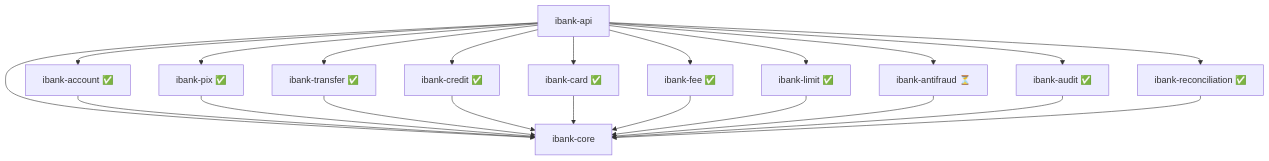
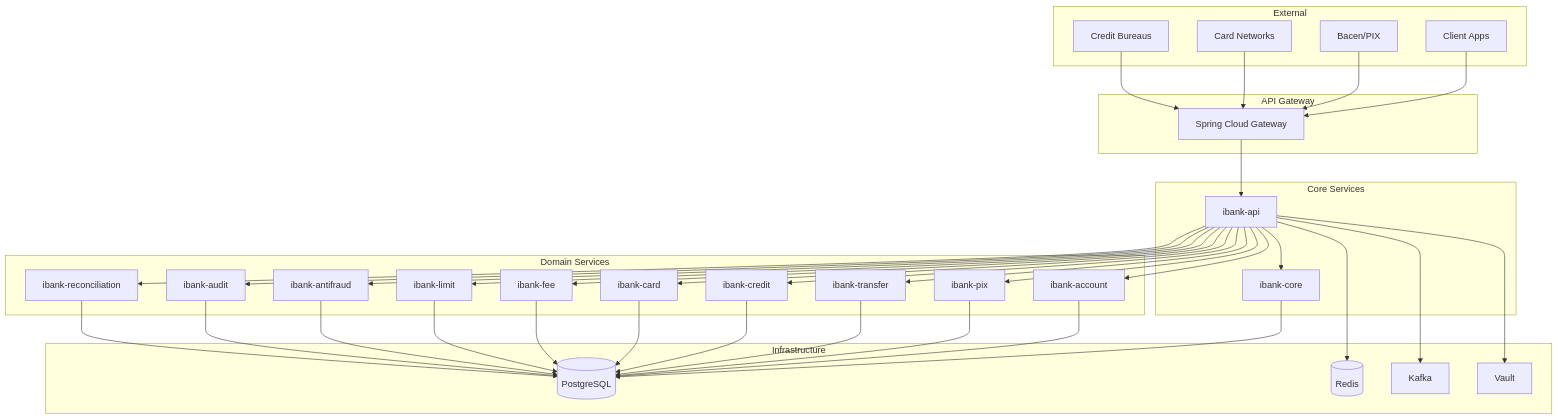
Before and after one commit to EnzoVieira3012/iBank: the diagram in README.md, drawn with Mermaid. The commit also changed other lines of this file and 2 other files, not shown here.

````diff
--- a/README.md
+++ b/README.md
@@ -76,25 +9,69 @@
 ```mermaid
-graph TD
-    api[ibank-api] --> core[ibank-core]
-    api --> account[ibank-account ✅]
-    api --> pix[ibank-pix ✅]
-    api --> transfer[ibank-transfer ✅]
-    api --> credit[ibank-credit ✅]
-    api --> card[ibank-card ✅]
-    api --> fee[ibank-fee ✅]
-    api --> limit[ibank-limit ✅]
-    api --> antifraud[ibank-antifraud ⏳]
-    api --> audit[ibank-audit ✅]
-    api --> recon[ibank-reconciliation ✅]
-    
-    account --> core
-    pix --> core
-    transfer --> core
-    credit --> core
-    card --> core
-    fee --> core
-    limit --> core
-    antifraud --> core
-    audit --> core
-    recon --> core
+graph TB
+    subgraph "External"
+        client[Client Apps]
+        pix[Bacen/PIX]
+        card[Card Networks]
+        cb[Credit Bureaus]
+    end
+
+    subgraph "API Gateway"
+        gw[Spring Cloud Gateway]
+    end
+
+    subgraph "Core Services"
+        api[ibank-api]
+        core[ibank-core]
+    end
+
+    subgraph "Domain Services"
+        acc[ibank-account]
+        pix_svc[ibank-pix]
+        txn[ibank-transfer]
+        crd[ibank-credit]
+        card_svc[ibank-card]
+        fee[ibank-fee]
+        lim[ibank-limit]
+        fraud[ibank-antifraud]
+        audit[ibank-audit]
+        recon[ibank-reconciliation]
+    end
+
+    subgraph "Infrastructure"
+        pg[(PostgreSQL)]
+        redis[(Redis)]
+        kafka[Kafka]
+        vault[Vault]
+    end
+
+    client --> gw
+    pix --> gw
+    card --> gw
+    cb --> gw
+    gw --> api
+    api --> core
+    api --> acc
+    api --> pix_svc
+    api --> txn
+    api --> crd
+    api --> card_svc
+    api --> fee
+    api --> lim
+    api --> fraud
+    api --> audit
+    api --> recon
+    core --> pg
+    acc --> pg
+    pix_svc --> pg
+    txn --> pg
+    crd --> pg
+    card_svc --> pg
+    fee --> pg
+    lim --> pg
+    fraud --> pg
+    audit --> pg
+    recon --> pg
+    api --> redis
+    api --> kafka
+    api --> vault
 ```
````
